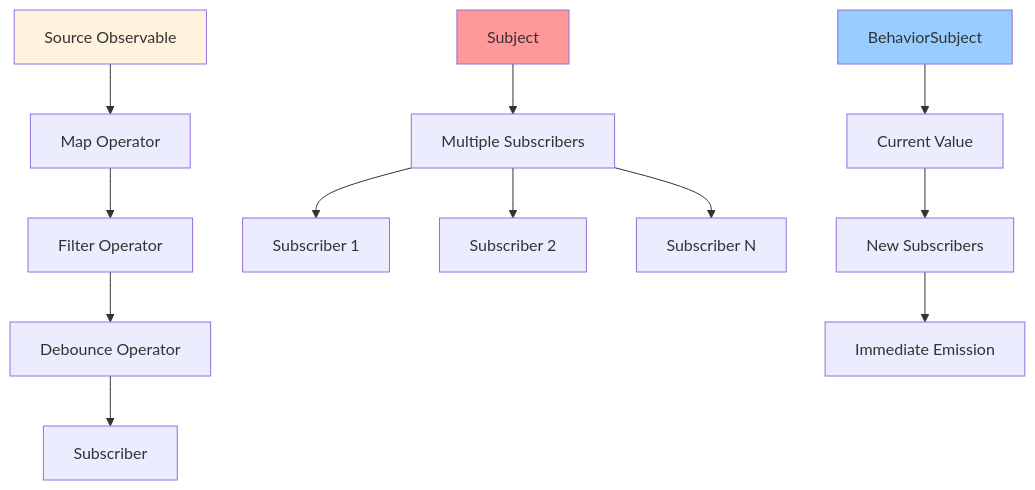
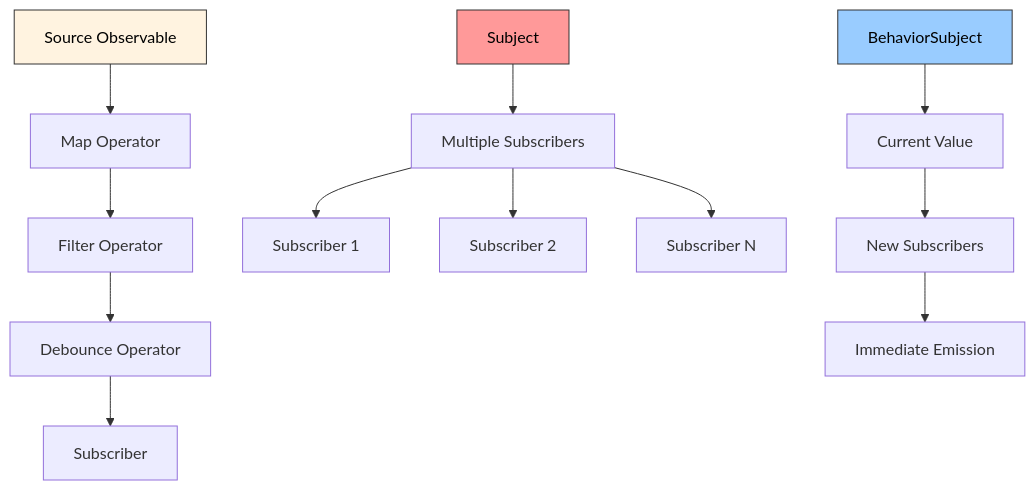
One commit to sujeet-pro/reactivity changed diagram 17 of 18 in README.md. Above: the diagram before and after it, drawn with Mermaid. The commit also changed other lines of this file and 4 other files, not shown here.

````diff
--- a/README.md
+++ b/README.md
@@ -652,20 +692,20 @@
 ```mermaid
 graph TD
     A[Source Observable] --> B[Map Operator]
     B --> C[Filter Operator]
     C --> D[Debounce Operator]
     D --> E[Subscriber]
     
     F[Subject] --> G[Multiple Subscribers]
     G --> H[Subscriber 1]
     G --> I[Subscriber 2]
     G --> J[Subscriber N]
     
     K[BehaviorSubject] --> L[Current Value]
     L --> M[New Subscribers]
     M --> N[Immediate Emission]
     
-    style A fill:#fff3e0
-    style F fill:#ff9999
-    style K fill:#99ccff
+    style A fill:#fff3e0,stroke:#333,color:#000
+    style F fill:#ff9999,stroke:#333,color:#000
+    style K fill:#99ccff,stroke:#333,color:#000
 ```
````
